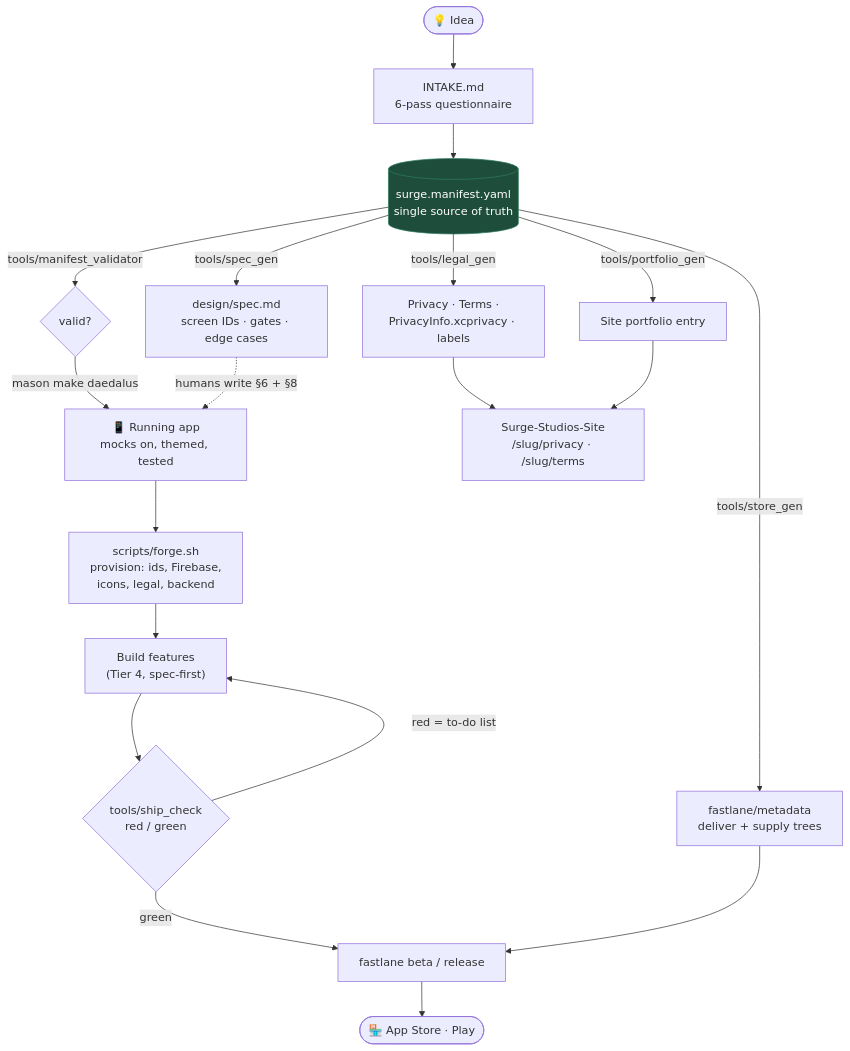
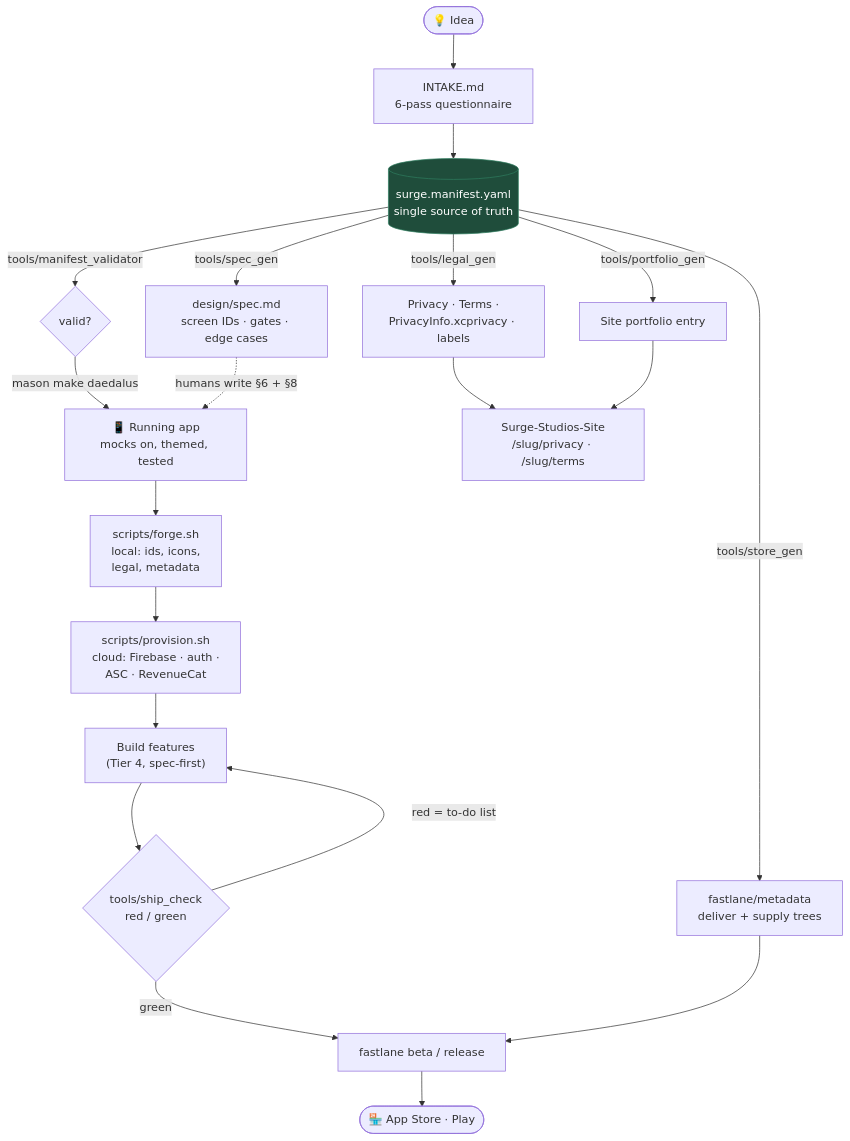
One commit to Surge-Studios-Dev/daedalus changed the first of 2 diagrams in docs/README.md. Above: the diagram before and after it, drawn with Mermaid. The commit also changed other lines of this file and 9 other files, not shown here.

````diff
--- a/docs/README.md
+++ b/docs/README.md
@@ -14,26 +14,27 @@
 ```mermaid
 flowchart TB
     idea(["💡 Idea"]) --> intake["INTAKE.md<br/>6-pass questionnaire"]
     intake --> manifest[("surge.manifest.yaml<br/>single source of truth")]
 
     manifest -->|"tools/spec_gen"| spec["design/spec.md<br/>screen IDs · gates · edge cases"]
     manifest -->|"tools/manifest_validator"| valid{"valid?"}
     valid -->|"mason make daedalus"| app["📱 Running app<br/>mocks on, themed, tested"]
     manifest -->|"tools/legal_gen"| legal["Privacy · Terms ·<br/>PrivacyInfo.xcprivacy · labels"]
     manifest -->|"tools/store_gen"| meta["fastlane/metadata<br/>deliver + supply trees"]
     manifest -->|"tools/portfolio_gen"| folio["Site portfolio entry"]
 
     spec -.->|"humans write §6 + §8"| app
-    app --> forge["scripts/forge.sh<br/>provision: ids, Firebase,<br/>icons, legal, backend"]
+    app --> forge["scripts/forge.sh<br/>local: ids, icons,<br/>legal, metadata"]
+    forge --> prov["scripts/provision.sh<br/>cloud: Firebase · auth ·<br/>ASC · RevenueCat"]
     legal --> site["Surge-Studios-Site<br/>/slug/privacy · /slug/terms"]
     folio --> site
-    forge --> build["Build features<br/>(Tier 4, spec-first)"]
+    prov --> build["Build features<br/>(Tier 4, spec-first)"]
     build --> check{"tools/ship_check<br/>red / green"}
     check -->|"red = to-do list"| build
     check -->|green| lanes["fastlane beta / release"]
     meta --> lanes
     lanes --> stores(["🏪 App Store · Play"])
 
     classDef truth fill:#1f4d3b,color:#fff,stroke:#2e7d5f
     class manifest truth
 ```
````
